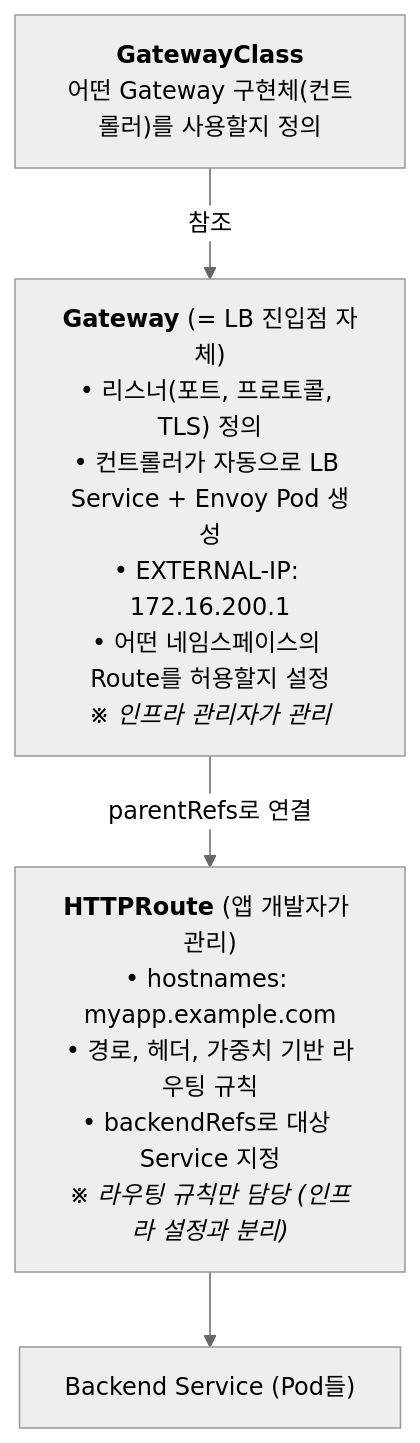
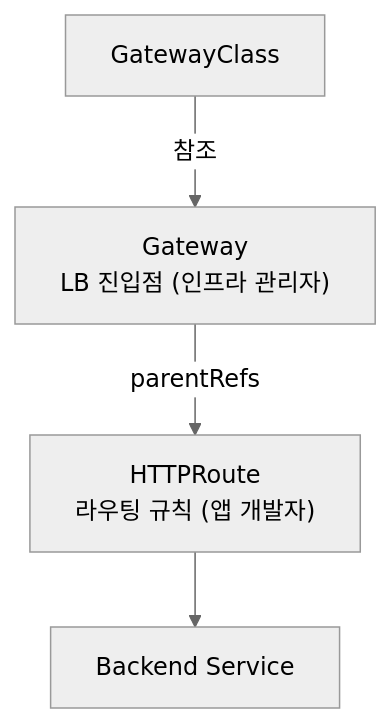
Before and after one commit to garlicKim21/kubernetes-onprem-training: the second of 8 diagrams in day1/ch07-gateway-api/README.md, drawn with Mermaid (neutral theme). The commit also changed other lines of this file and 6 other files, not shown here.

````diff
--- a/day1/ch07-gateway-api/README.md
+++ b/day1/ch07-gateway-api/README.md
@@ -56,7 +63,7 @@
 ```mermaid
 graph TD
-    GC["<b>GatewayClass</b><br/>어떤 Gateway 구현체(컨트롤러)를 사용할지 정의"]
-    GC -- "참조" --> GW["<b>Gateway</b> (= LB 진입점 자체)<br/>• 리스너(포트, 프로토콜, TLS) 정의<br/>• 컨트롤러가 자동으로 LB Service + Envoy Pod 생성<br/>• EXTERNAL-IP: 172.16.200.1<br/>• 어떤 네임스페이스의 Route를 허용할지 설정<br/><i>※ 인프라 관리자가 관리</i>"]
-    GW -- "parentRefs로 연결" --> HR["<b>HTTPRoute</b> (앱 개발자가 관리)<br/>• hostnames: myapp.example.com<br/>• 경로, 헤더, 가중치 기반 라우팅 규칙<br/>• backendRefs로 대상 Service 지정<br/><i>※ 라우팅 규칙만 담당 (인프라 설정과 분리)</i>"]
-    HR --> Backend2["Backend Service (Pod들)"]
+    GC["GatewayClass"]
+    GC -- "참조" --> GW["Gateway<br/>LB 진입점 (인프라 관리자)"]
+    GW -- "parentRefs" --> HR["HTTPRoute<br/>라우팅 규칙 (앱 개발자)"]
+    HR --> Backend2["Backend Service"]
 ```
````
